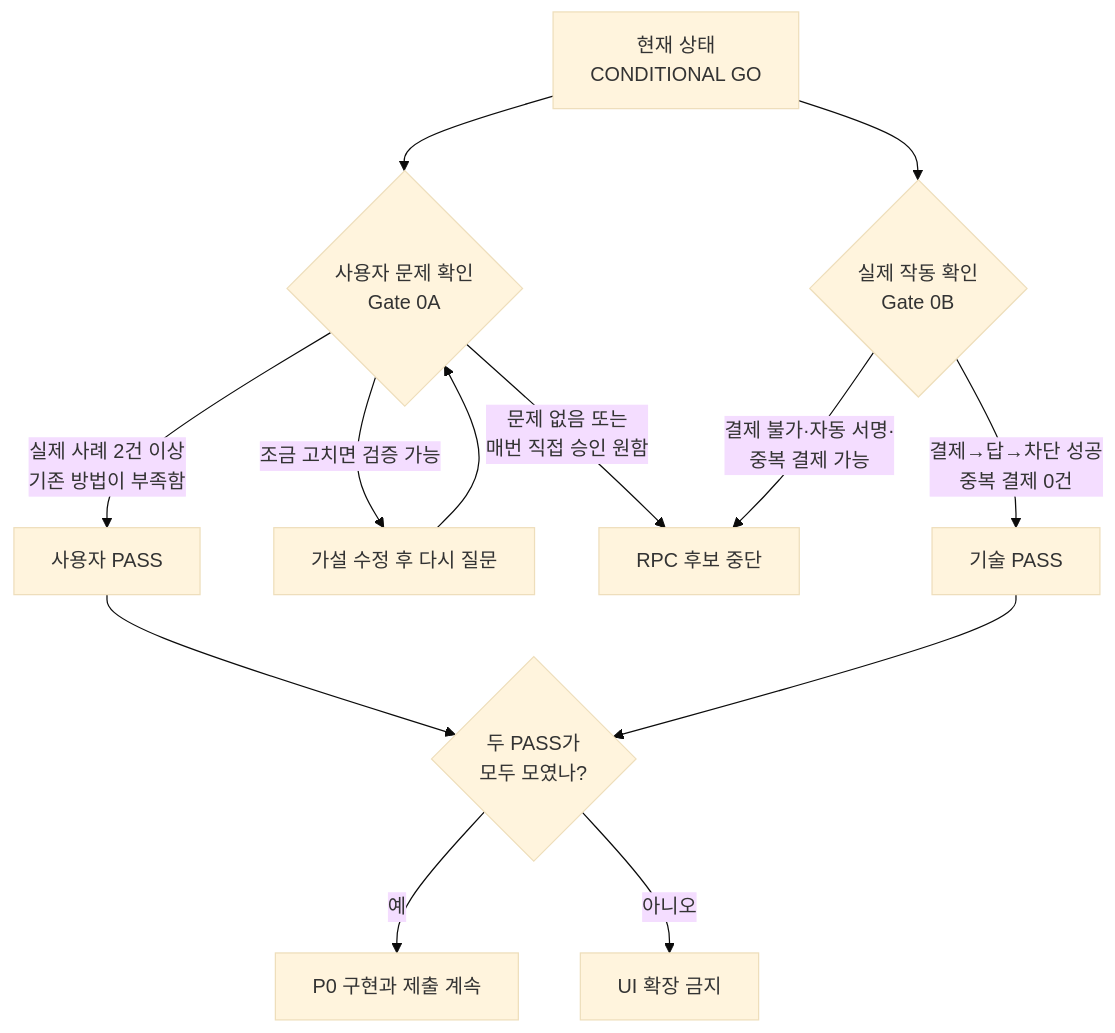
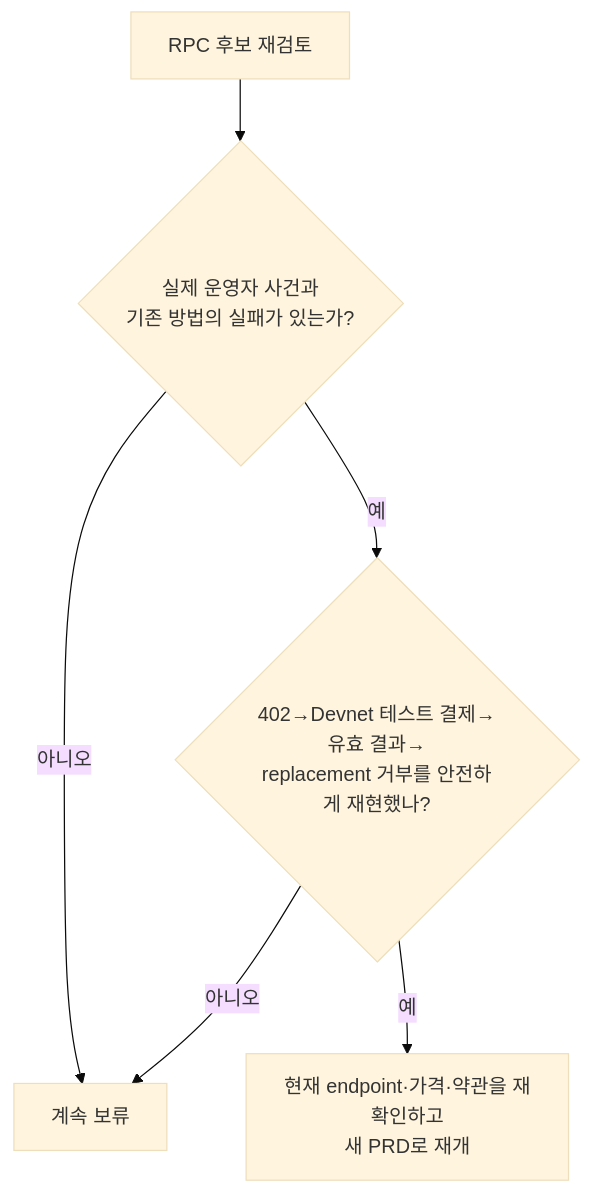
Before and after one commit to procloudkim/2026-Solana-Google: the sixth of 6 diagrams in research/decision-report/rpc-rescue-middle-school-visual-guide.md, drawn with Mermaid (base theme). The commit also changed other lines of this file and 75 other files, not shown here.

````diff
--- a/research/decision-report/rpc-rescue-middle-school-visual-guide.md
+++ b/research/decision-report/rpc-rescue-middle-school-visual-guide.md
@@ -304,19 +157,8 @@
 ```mermaid
 flowchart TD
-    S["현재 상태<br/>CONDITIONAL GO"]
-    S --> A{"사용자 문제 확인<br/>Gate 0A"}
-    S --> B{"실제 작동 확인<br/>Gate 0B"}
-
-    A -->|실제 사례 2건 이상<br/>기존 방법이 부족함| AP["사용자 PASS"]
-    A -->|조금 고치면 검증 가능| AR["가설 수정 후 다시 질문"]
-    A -->|문제 없음 또는<br/>매번 직접 승인 원함| K["RPC 후보 중단"]
-    AR --> A
-
-    B -->|결제→답→차단 성공<br/>중복 결제 0건| BP["기술 PASS"]
-    B -->|결제 불가·자동 서명·<br/>중복 결제 가능| K
-
-    AP --> J{"두 PASS가<br/>모두 모였나?"}
-    BP --> J
-    J -->|예| GO["P0 구현과 제출 계속"]
-    J -->|아니오| WAIT["UI 확장 금지"]
+    S["RPC 후보 재검토"] --> U{"실제 운영자 사건과<br/>기존 방법의 실패가 있는가?"}
+    U -->|아니오| K["계속 보류"]
+    U -->|예| T{"402→Devnet 테스트 결제→유효 결과→<br/>replacement 거부를 안전하게 재현했나?"}
+    T -->|아니오| K
+    T -->|예| R["현재 endpoint·가격·약관을 재확인하고<br/>새 PRD로 재개"]
 ```
````
